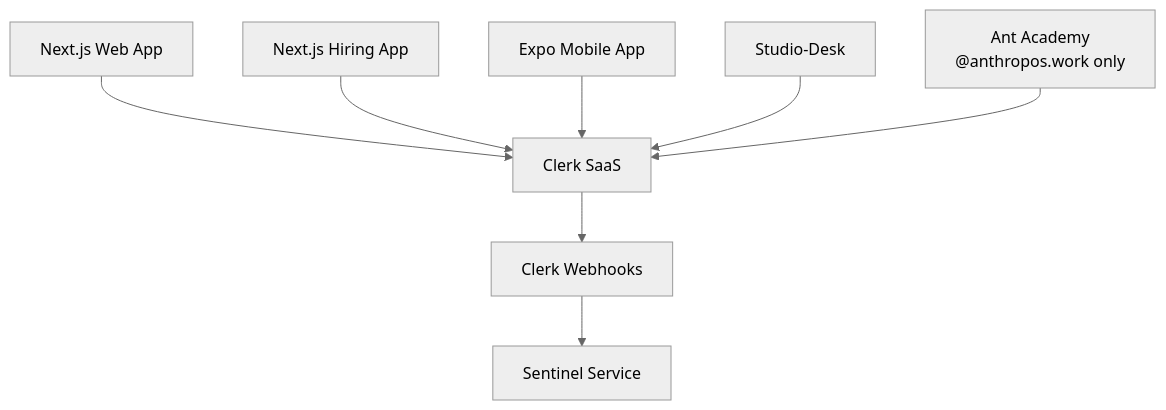
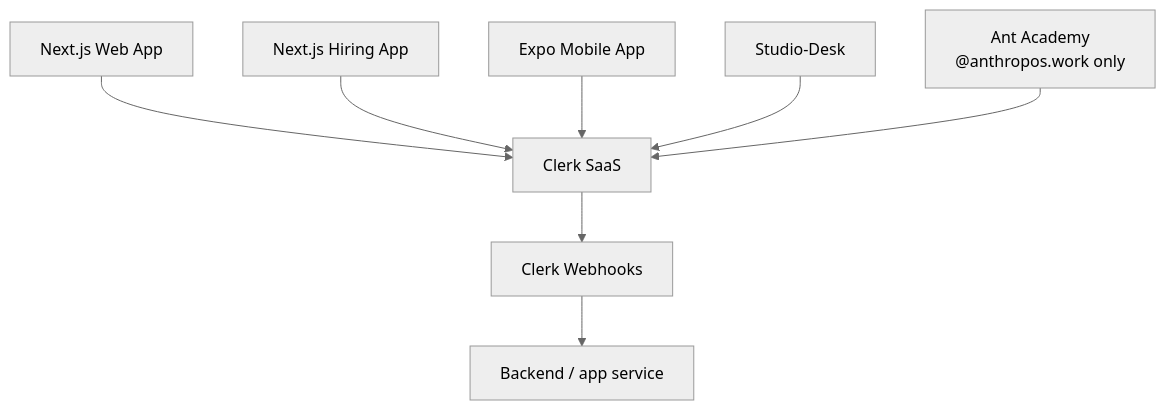
Before and after one commit to anthropos-work/rosetta: the first of 3 diagrams in corpus/architecture/external_services.md, drawn with Mermaid (neutral theme). The commit also changed other lines of this file and 28 other files, not shown here.

````diff
--- a/corpus/architecture/external_services.md
+++ b/corpus/architecture/external_services.md
@@ -42,19 +42,19 @@
 ```mermaid
 graph TB
     Clerk[Clerk SaaS]
     
     Web[Next.js Web App]
     Hiring[Next.js Hiring App]
     Mobile[Expo Mobile App]
     Desk[Studio-Desk]
     Academy[Ant Academy<br/>@anthropos.work only]
     
     Web --> Clerk
     Hiring --> Clerk
     Mobile --> Clerk
     Desk --> Clerk
     Academy --> Clerk
     
     Clerk --> Webhook[Clerk Webhooks]
-    Webhook --> Sentinel[Sentinel Service]
+    Webhook --> Backend[Backend / app service]
 ```
````
